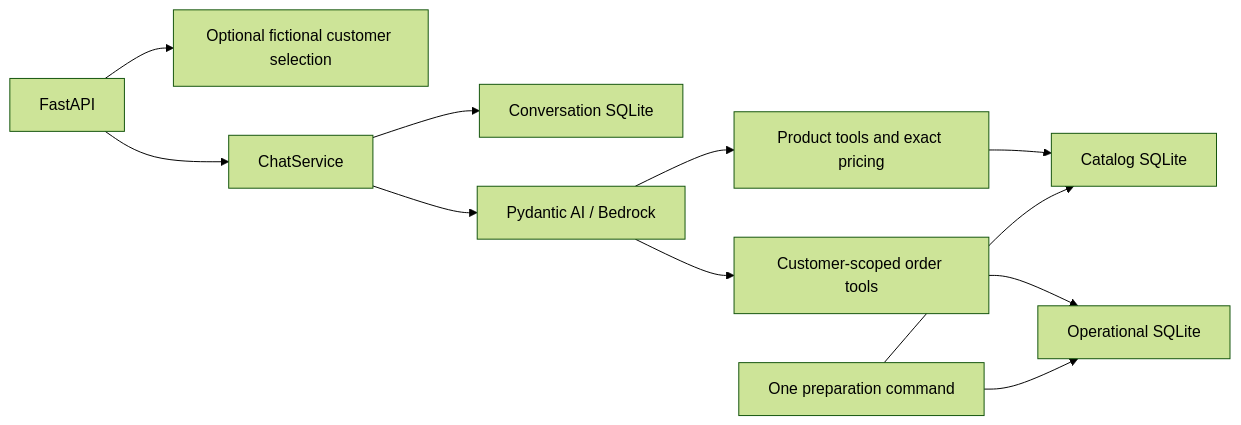
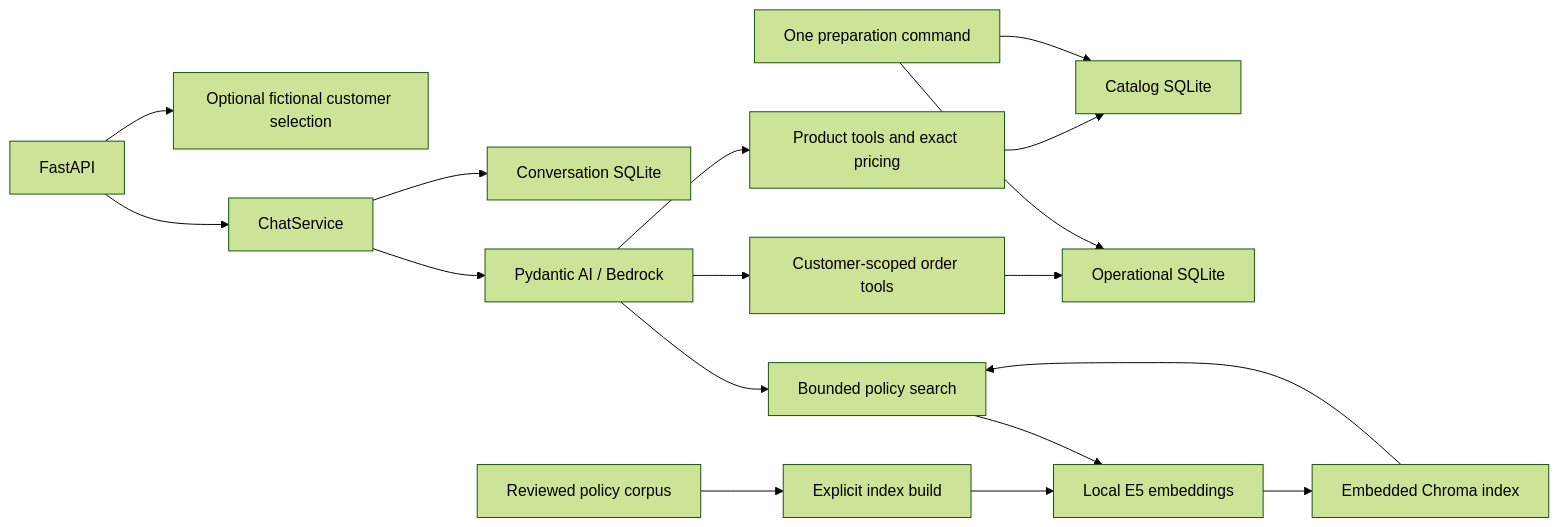
The diagram in docs/architecture.md (rafaself/atf-ai-engineer-challenge), drawn with Mermaid (forest theme) before and after one commit. The commit also changed other lines of this file and 1 other file, not shown here.

First line of the commit message:
docs(architecture): update policy retrieval overview

````diff
--- a/docs/architecture.md
+++ b/docs/architecture.md
@@ -8,13 +9,19 @@
 ```mermaid
 flowchart LR
     HTTP[FastAPI] --> Selection[Optional fictional customer selection]
     HTTP --> Chat[ChatService]
     Chat --> History[Conversation SQLite]
     Chat --> Agent[Pydantic AI / Bedrock]
     Agent --> Products[Product tools and exact pricing]
     Agent --> Orders[Customer-scoped order tools]
+    Agent --> Policy[Bounded policy search]
     Products --> Catalog[Catalog SQLite]
     Orders --> Operations[Operational SQLite]
+    Corpus[Reviewed policy corpus] --> IndexBuild[Explicit index build]
+    IndexBuild --> E5[Local E5 embeddings]
+    Policy --> E5
+    E5 --> Chroma[Embedded Chroma index]
+    Chroma --> Policy
     Prepare[One preparation command] --> Catalog
     Prepare --> Operations
 ```
````
